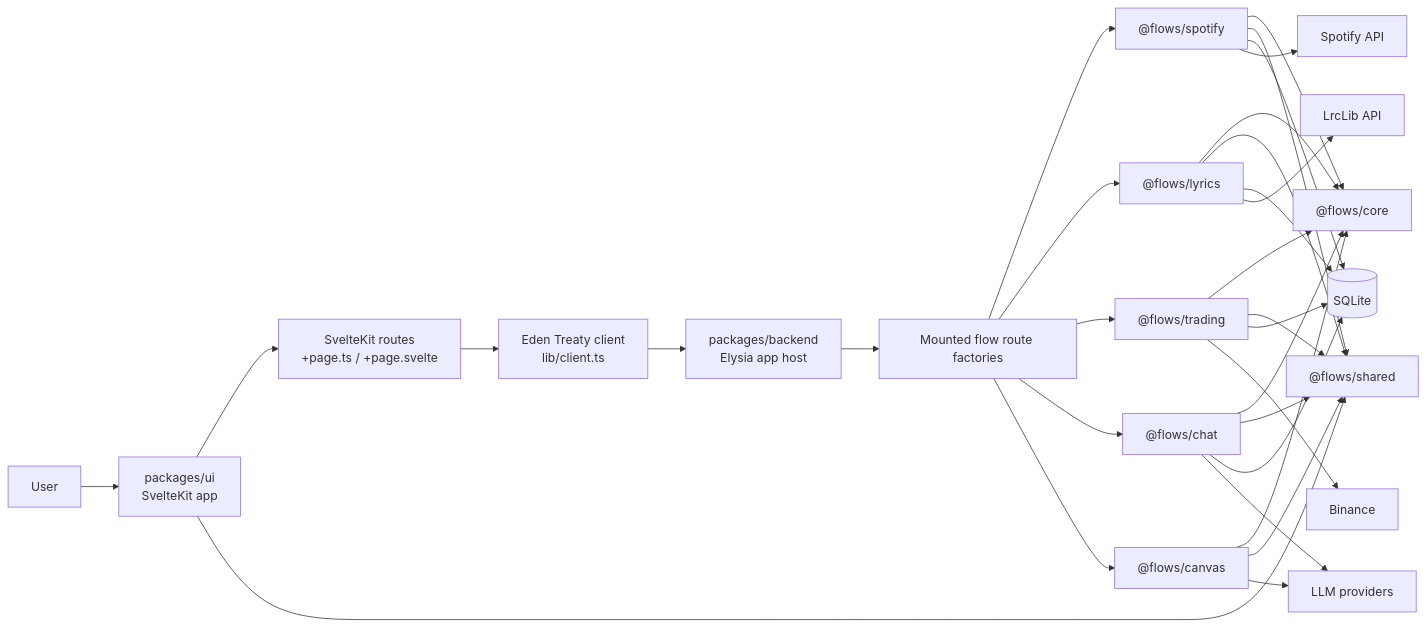
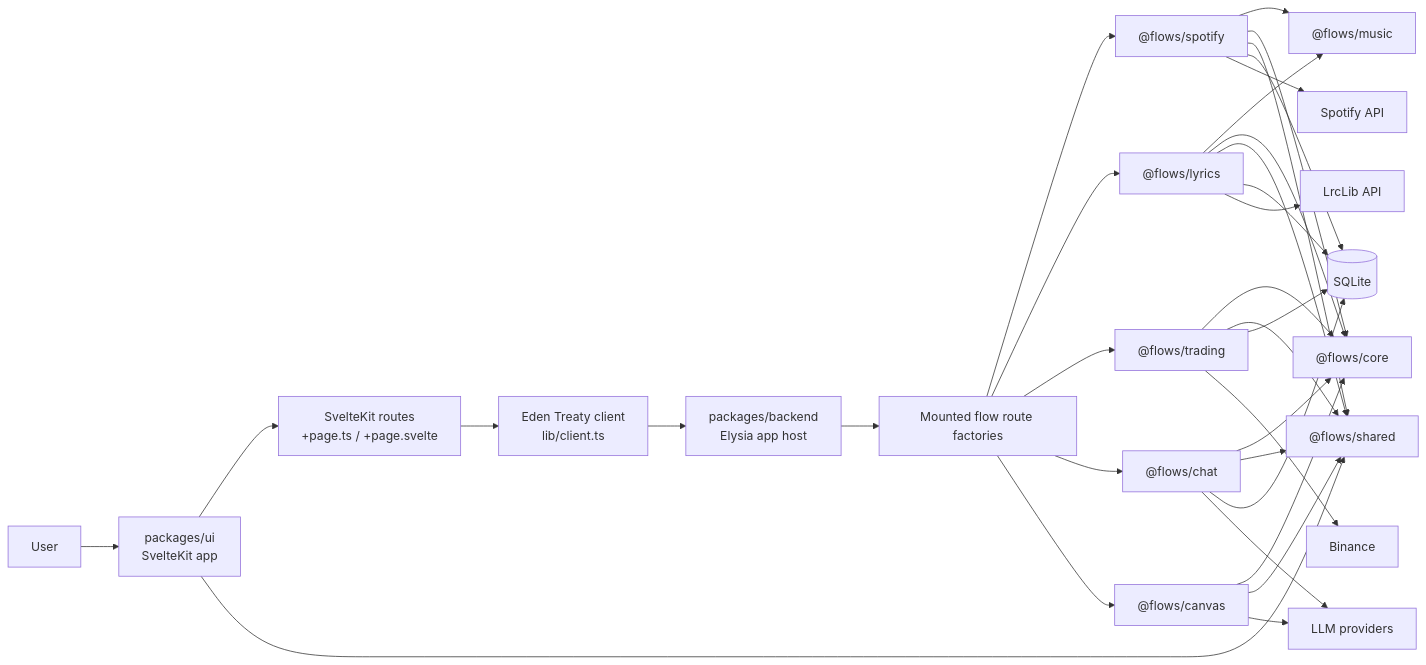
The first of 3 diagrams in docs/architecture/system-map.md (jorgesalica/flow-sample), drawn with Mermaid before and after one commit. The commit also changed other lines of this file and 35 other files, not shown here.

````diff
--- a/docs/architecture/system-map.md
+++ b/docs/architecture/system-map.md
@@ -23,38 +23,41 @@
 ```mermaid
 flowchart LR
     user["User"] --> ui["packages/ui\nSvelteKit app"]
     ui --> routes["SvelteKit routes\n+page.ts / +page.svelte"]
     routes --> eden["Eden Treaty client\nlib/client.ts"]
     eden --> host["packages/backend\nElysia app host"]
     host --> mounted["Mounted flow route factories"]
 
     mounted --> spotify["@flows/spotify"]
     mounted --> lyrics["@flows/lyrics"]
     mounted --> trading["@flows/trading"]
     mounted --> chat["@flows/chat"]
     mounted --> canvas["@flows/canvas"]
+
+    spotify --> music["@flows/music"]
+    lyrics --> music
 
     spotify --> core["@flows/core"]
     lyrics --> core
     trading --> core
     chat --> core
     canvas --> core
 
     spotify --> shared["@flows/shared"]
     lyrics --> shared
     trading --> shared
     chat --> shared
     canvas --> shared
     ui --> shared
 
     spotify --> sqlite[("SQLite")]
     lyrics --> sqlite
     trading --> sqlite
     chat --> sqlite
 
     spotify --> spotifyApi["Spotify API"]
     lyrics --> lrcLib["LrcLib API"]
     trading --> binance["Binance"]
     chat --> llm["LLM providers"]
     canvas --> llm
 ```
````
